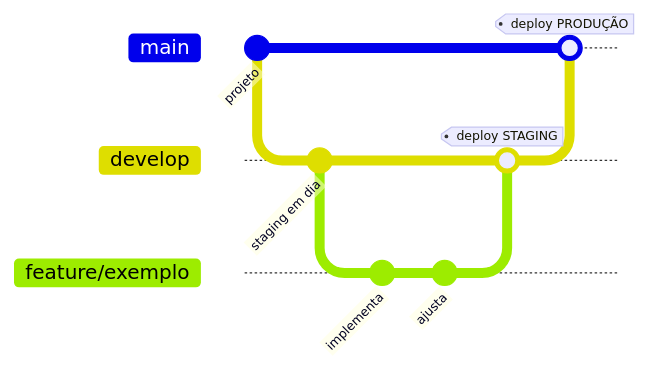
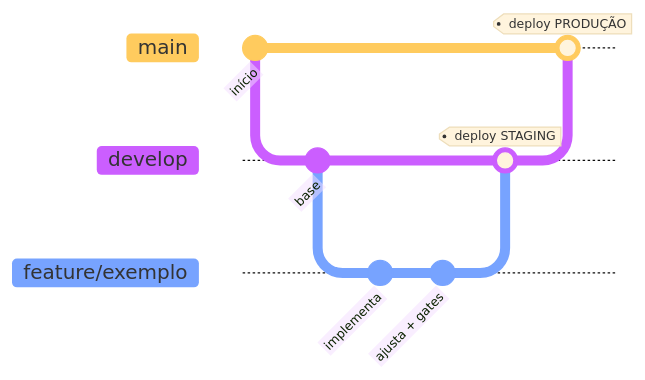
The first of 2 diagrams in docs/fluxo-de-trabalho.md (jgabrielflores/marcenaria-api), drawn with Mermaid before and after one commit. The commit also changed other lines of this file, not shown here.

Commit message:
docs: polish workflow diagrams (color classes, swimlane styling)

````diff
--- a/docs/fluxo-de-trabalho.md
+++ b/docs/fluxo-de-trabalho.md
@@ -78,15 +78,16 @@
 ```mermaid
+%%{init: {'theme': 'base', 'gitGraph': {'mainBranchName': 'main'}}}%%
 gitGraph
-   commit id: "projeto"
+   commit id: "início"
    branch develop
    checkout develop
-   commit id: "staging em dia"
+   commit id: "base"
    branch feature/exemplo
    checkout feature/exemplo
    commit id: "implementa"
-   commit id: "ajusta"
+   commit id: "ajusta + gates"
    checkout develop
    merge feature/exemplo tag: "deploy STAGING"
    checkout main
    merge develop tag: "deploy PRODUÇÃO"
 ```
````
